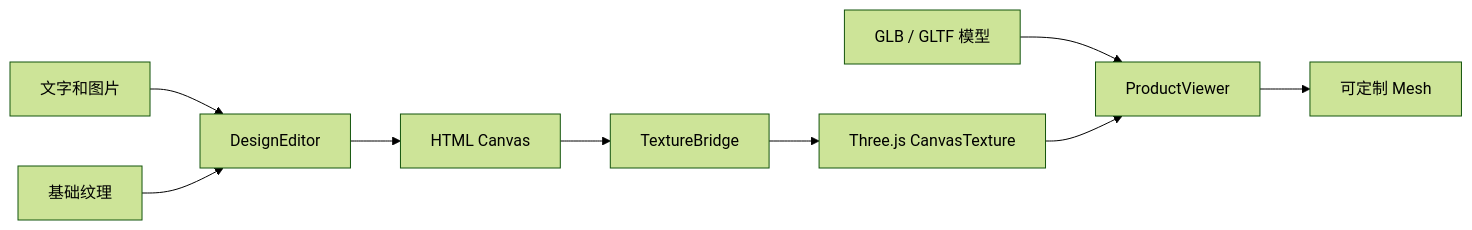
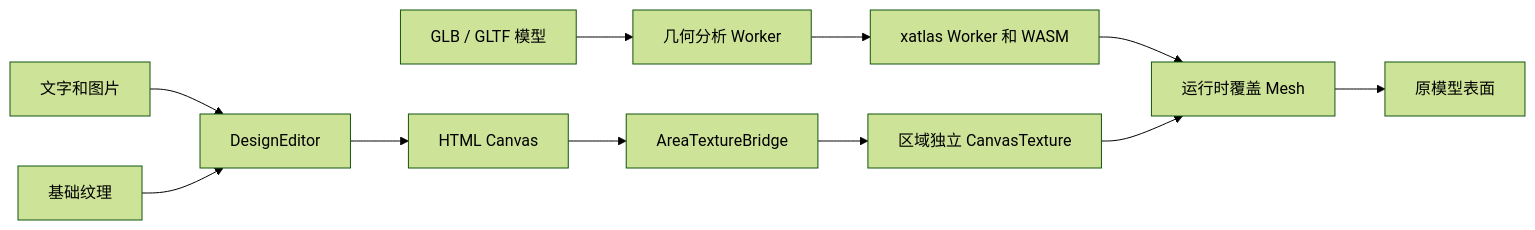
Before and after one commit to songshanliu/CustomForge: the diagram in README.zh-CN.md, drawn with Mermaid (forest theme). The commit also changed other lines of this file and 43 other files, not shown here.

````diff
--- a/README.zh-CN.md
+++ b/README.zh-CN.md
@@ -386,11 +447,13 @@
 ```mermaid
 flowchart LR
     A[文字和图片] --> B[DesignEditor]
     C[基础纹理] --> B
     B --> D[HTML Canvas]
-    D --> E[TextureBridge]
-    E --> F[Three.js CanvasTexture]
-    G[GLB / GLTF 模型] --> H[ProductViewer]
-    F --> H
-    H --> I[可定制 Mesh]
+    G[GLB / GLTF 模型] --> H[几何分析 Worker]
+    H --> I[xatlas Worker 和 WASM]
+    I --> J[运行时覆盖 Mesh]
+    D --> E[AreaTextureBridge]
+    E --> F[区域独立 CanvasTexture]
+    F --> J
+    J --> K[原模型表面]
 ```
````
